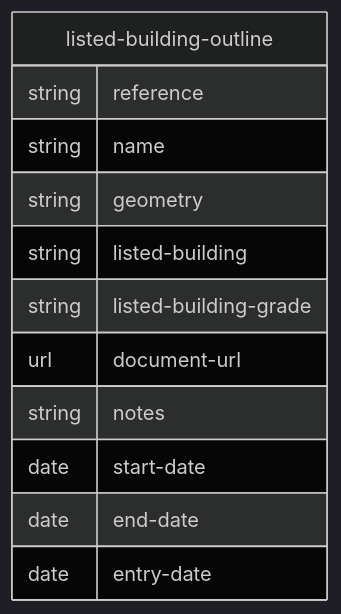
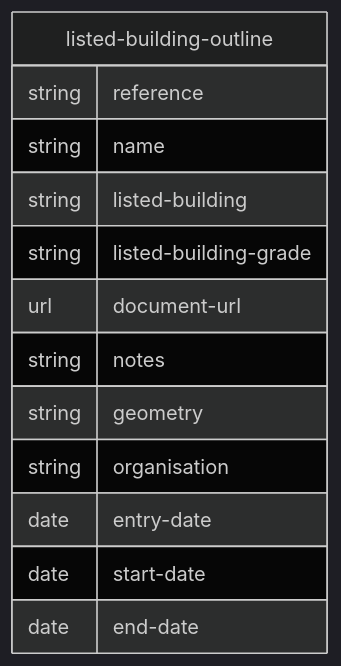
One commit to digital-land/specification changed the diagram in mermaid/listed-building.md. Above: the diagram before and after it, drawn with Mermaid (dark theme). The commit also changed 14 other files, not shown here.

````diff
--- a/mermaid/listed-building.md
+++ b/mermaid/listed-building.md
@@ -4,15 +4,16 @@
 ```mermaid
 erDiagram
     listed-building-outline {
         string reference
         string name
-        string geometry
         string listed-building
         string listed-building-grade
         url document-url
         string notes
+        string geometry
+        string organisation
+        date entry-date
         date start-date
         date end-date
-        date entry-date
     }
 ```
````
